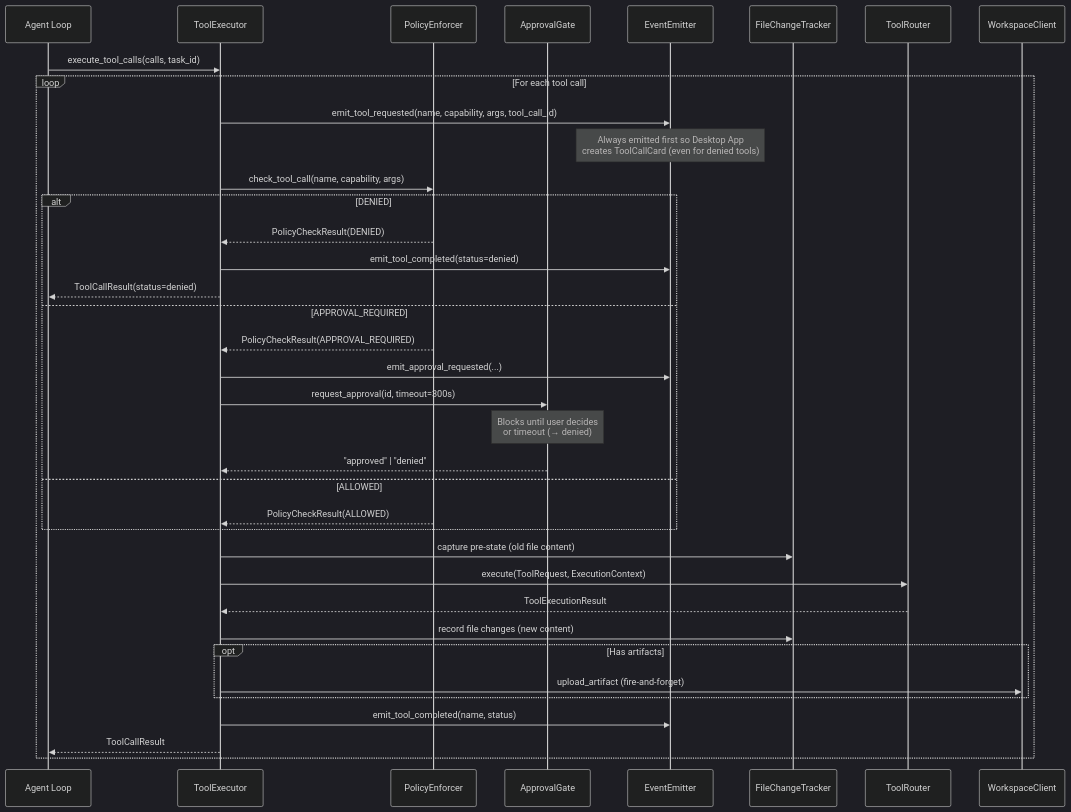
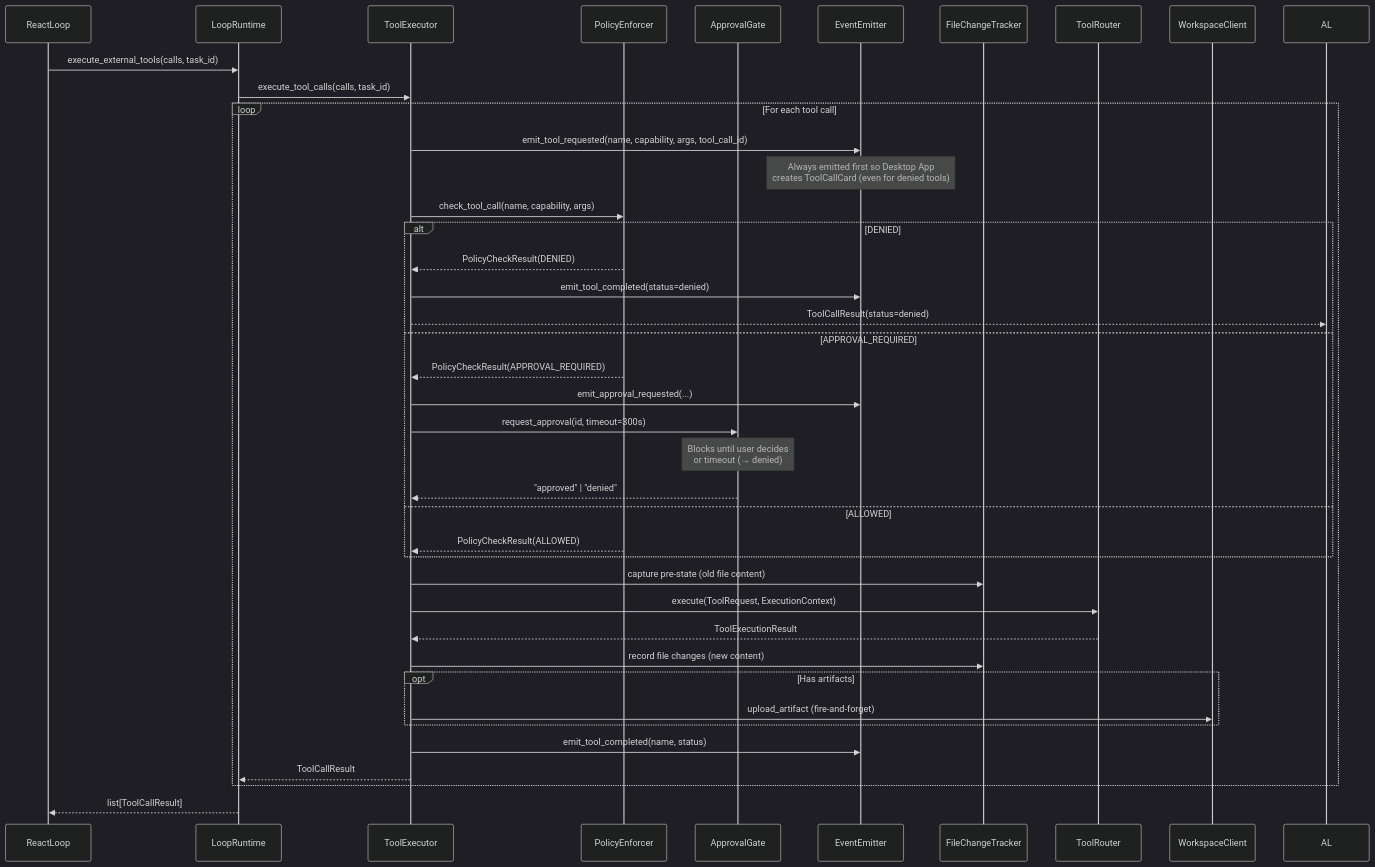
One commit to suman724/cowork-agent-runtime changed the sixth of 24 diagrams in docs/agent-loop-architecture.md. Above: the diagram before and after it, drawn with Mermaid (dark theme). The commit also changed other lines of this file and 15 other files, not shown here.

First line of the commit message:
refactor(loop): decompose AgentLoop into LoopRuntime + LoopStrategy + ReactLoop (#33)

````diff
--- a/docs/agent-loop-architecture.md
+++ b/docs/agent-loop-architecture.md
@@ -383,46 +437,49 @@
 ```mermaid
 sequenceDiagram
-    participant AL as Agent Loop
+    participant RL as ReactLoop
+    participant LR as LoopRuntime
     participant TE as ToolExecutor
     participant PE as PolicyEnforcer
     participant AG as ApprovalGate
     participant EE as EventEmitter
     participant FCT as FileChangeTracker
     participant TR as ToolRouter
     participant WC as WorkspaceClient
 
-    AL->>TE: execute_tool_calls(calls, task_id)
+    RL->>LR: execute_external_tools(calls, task_id)
+    LR->>TE: execute_tool_calls(calls, task_id)
 
     loop For each tool call
         TE->>EE: emit_tool_requested(name, capability, args, tool_call_id)
         Note over EE: Always emitted first so Desktop App<br/>creates ToolCallCard (even for denied tools)
 
         TE->>PE: check_tool_call(name, capability, args)
         alt DENIED
             PE-->>TE: PolicyCheckResult(DENIED)
             TE->>EE: emit_tool_completed(status=denied)
             TE-->>AL: ToolCallResult(status=denied)
         else APPROVAL_REQUIRED
             PE-->>TE: PolicyCheckResult(APPROVAL_REQUIRED)
             TE->>EE: emit_approval_requested(...)
             TE->>AG: request_approval(id, timeout=300s)
             Note over AG: Blocks until user decides<br/>or timeout (→ denied)
             AG-->>TE: "approved" | "denied"
         else ALLOWED
             PE-->>TE: PolicyCheckResult(ALLOWED)
         end
 
         TE->>FCT: capture pre-state (old file content)
         TE->>TR: execute(ToolRequest, ExecutionContext)
         TR-->>TE: ToolExecutionResult
 
         TE->>FCT: record file changes (new content)
 
         opt Has artifacts
             TE->>WC: upload_artifact (fire-and-forget)
         end
 
         TE->>EE: emit_tool_completed(name, status)
-        TE-->>AL: ToolCallResult
+        TE-->>LR: ToolCallResult
     end
+    LR-->>RL: list[ToolCallResult]
 ```
````
